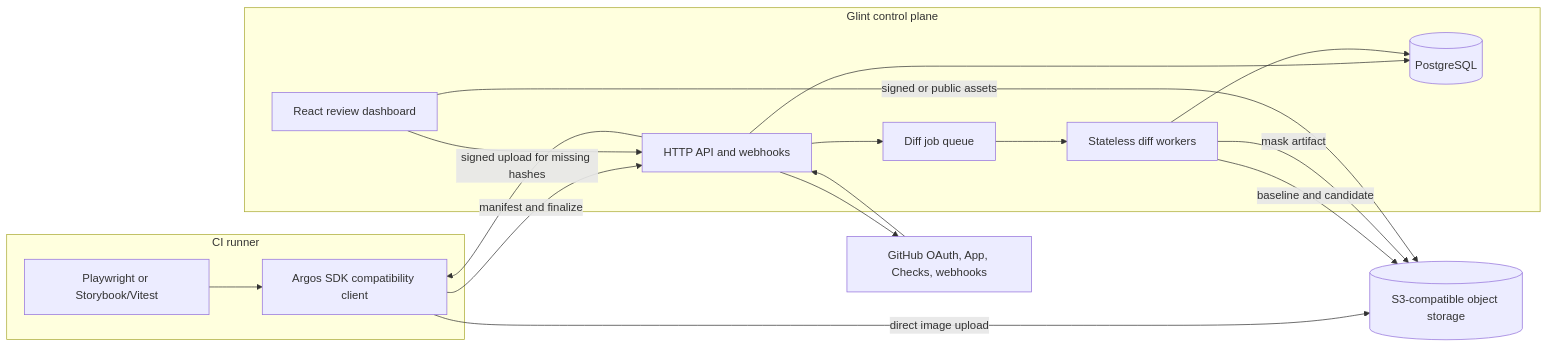
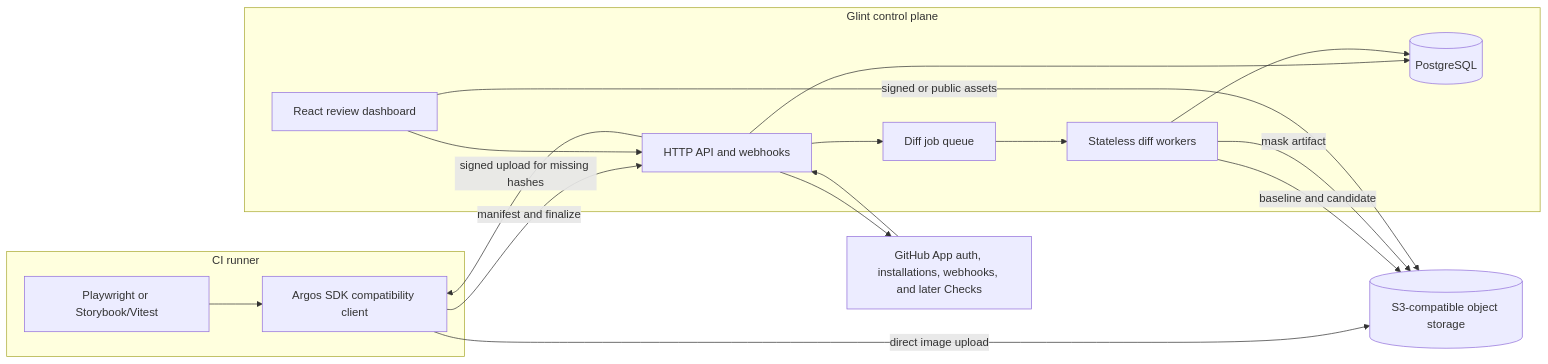
One commit to ShipfoxHQ/glint changed the second of 4 diagrams in docs/system-design.md. Above: the diagram before and after it, drawn with Mermaid. The commit also changed other lines of this file, not shown here.

````diff
--- a/docs/system-design.md
+++ b/docs/system-design.md
@@ -388,33 +394,33 @@
 ```mermaid
 flowchart LR
   subgraph CI[CI runner]
     Tests[Playwright or Storybook/Vitest]
     SDK[Argos SDK compatibility client]
   end
 
   subgraph Glint[Glint control plane]
     API[HTTP API and webhooks]
     Web[React review dashboard]
     DB[(PostgreSQL)]
     Queue[Diff job queue]
     Worker[Stateless diff workers]
   end
 
   Blob[(S3-compatible object storage)]
-  GH[GitHub OAuth, App, Checks, webhooks]
+  GH[GitHub App auth, installations, webhooks, and later Checks]
 
   Tests --> SDK
   SDK -->|manifest and finalize| API
   API -->|signed upload for missing hashes| SDK
   SDK -->|direct image upload| Blob
   API --> DB
   API --> Queue
   Queue --> Worker
   Worker -->|baseline and candidate| Blob
   Worker -->|mask artifact| Blob
   Worker --> DB
   Web --> API
   Web -->|signed or public assets| Blob
   GH --> API
   API --> GH
 ```
````
